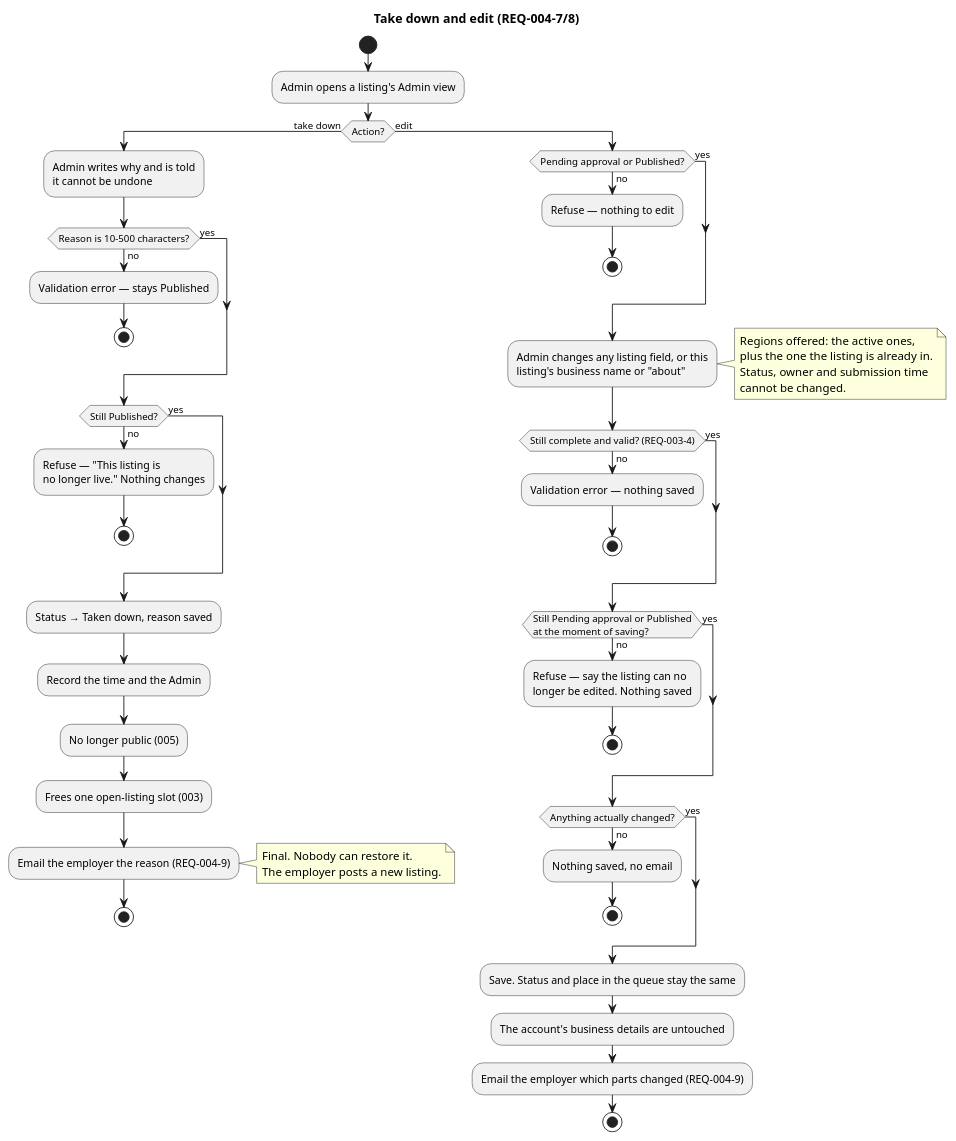
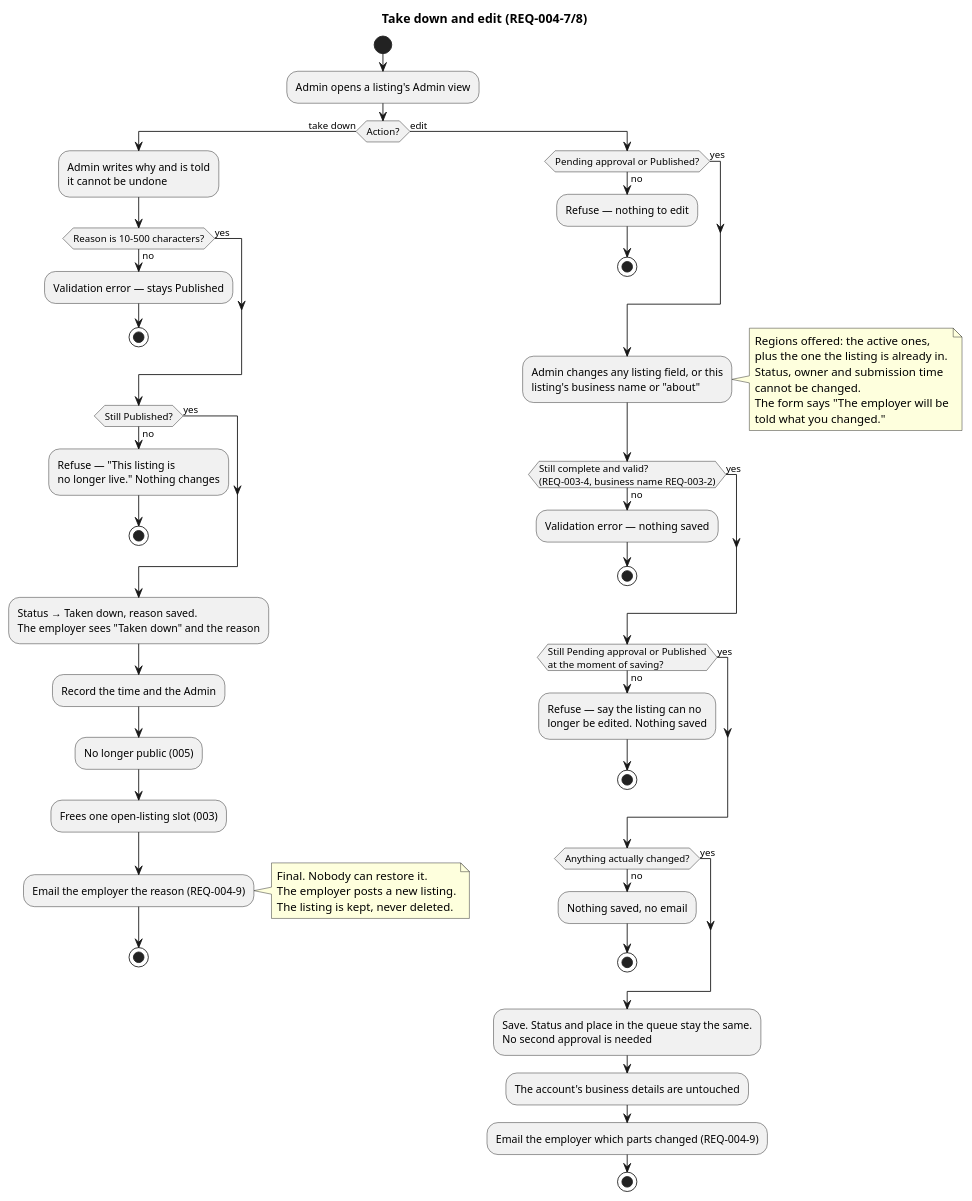
Before and after one commit to raseniero/jairojobs-elixir: the diagram in docs/specs/004-listings-admin-moderation/diagrams/activity-take-down-and-edit.puml, drawn with PlantUML. The commit also changed 12 other files, not shown here.

Commit message:
docs(spec 004): align the six diagrams with the requirements after a scenario-by-scenario check

```diff
--- a/docs/specs/004-listings-admin-moderation/diagrams/activity-take-down-and-edit.puml
+++ b/docs/specs/004-listings-admin-moderation/diagrams/activity-take-down-and-edit.puml
@@ -1,66 +1,71 @@
 @startuml activity-take-down-and-edit
 ' Spec 004 — taking down a live listing, and Admin edits (REQ-004-7, -8)
 title Take down and edit (REQ-004-7/8)
 
 start
 :Admin opens a listing's Admin view;
 if (Action?) then (take down)
   :Admin writes why and is told
   it cannot be undone;
   if (Reason is 10–500 characters?) then (no)
     :Validation error — stays Published;
     stop
   else (yes)
   endif
   if (Still Published?) then (no)
     :Refuse — "This listing is
     no longer live." Nothing changes;
     stop
   else (yes)
   endif
-  :Status → Taken down, reason saved;
+  :Status → Taken down, reason saved.
+  The employer sees "Taken down" and the reason;
   :Record the time and the Admin;
   :No longer public (005);
   :Frees one open-listing slot (003);
   :Email the employer the reason (REQ-004-9);
   note right
     Final. Nobody can restore it.
     The employer posts a new listing.
+    The listing is kept, never deleted.
   end note
   stop
 else (edit)
   if (Pending approval or Published?) then (no)
     :Refuse — nothing to edit;
     stop
   else (yes)
   endif
   :Admin changes any listing field, or this
   listing's business name or "about";
   note right
     Regions offered: the active ones,
     plus the one the listing is already in.
     Status, owner and submission time
     cannot be changed.
+    The form says "The employer will be
+    told what you changed."
   end note
-  if (Still complete and valid? (REQ-003-4)) then (no)
+  if (Still complete and valid?\n(REQ-003-4, business name REQ-003-2)) then (no)
     :Validation error — nothing saved;
     stop
   else (yes)
   endif
   if (Still Pending approval or Published\nat the moment of saving?) then (no)
     :Refuse — say the listing can no
     longer be edited. Nothing saved;
     stop
   else (yes)
   endif
   if (Anything actually changed?) then (no)
     :Nothing saved, no email;
     stop
   else (yes)
   endif
-  :Save. Status and place in the queue stay the same;
+  :Save. Status and place in the queue stay the same.
+  No second approval is needed;
   :The account's business details are untouched;
   :Email the employer which parts changed (REQ-004-9);
   stop
 endif
 @enduml
```
